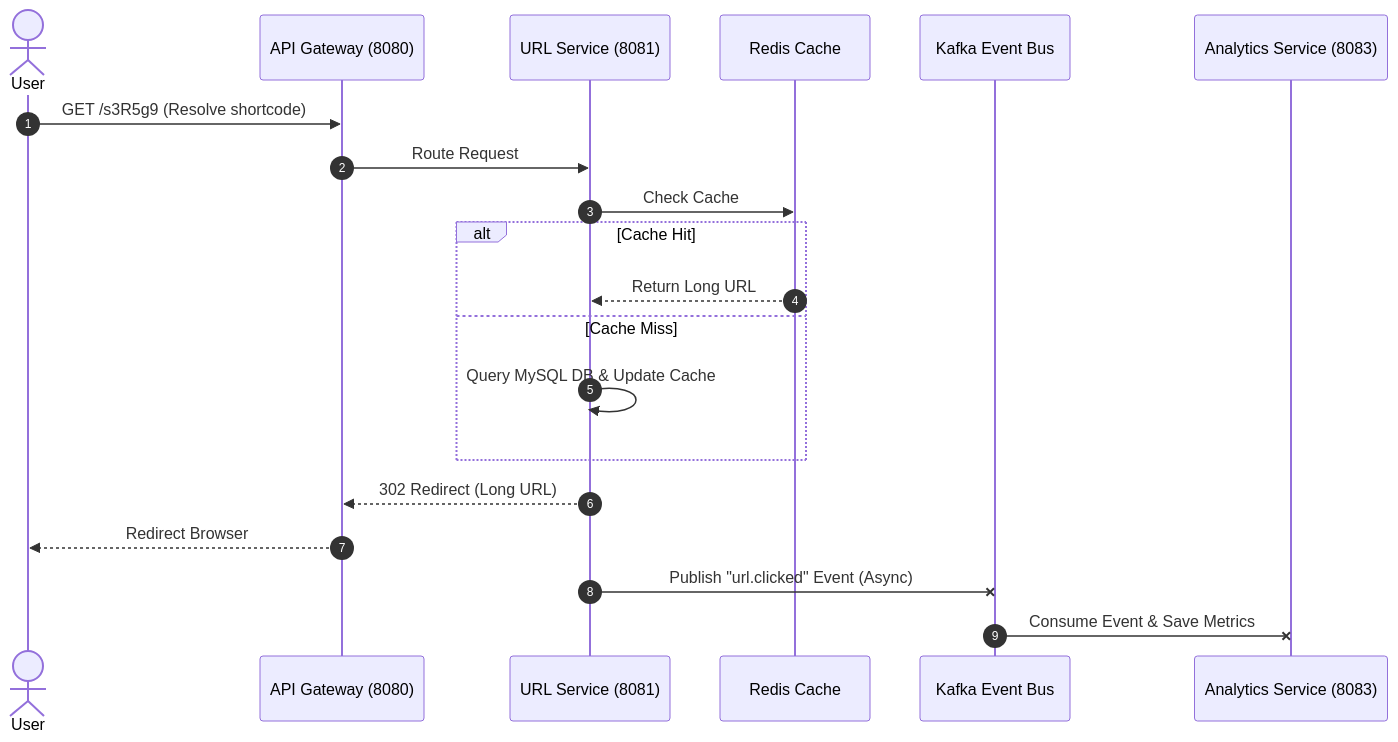
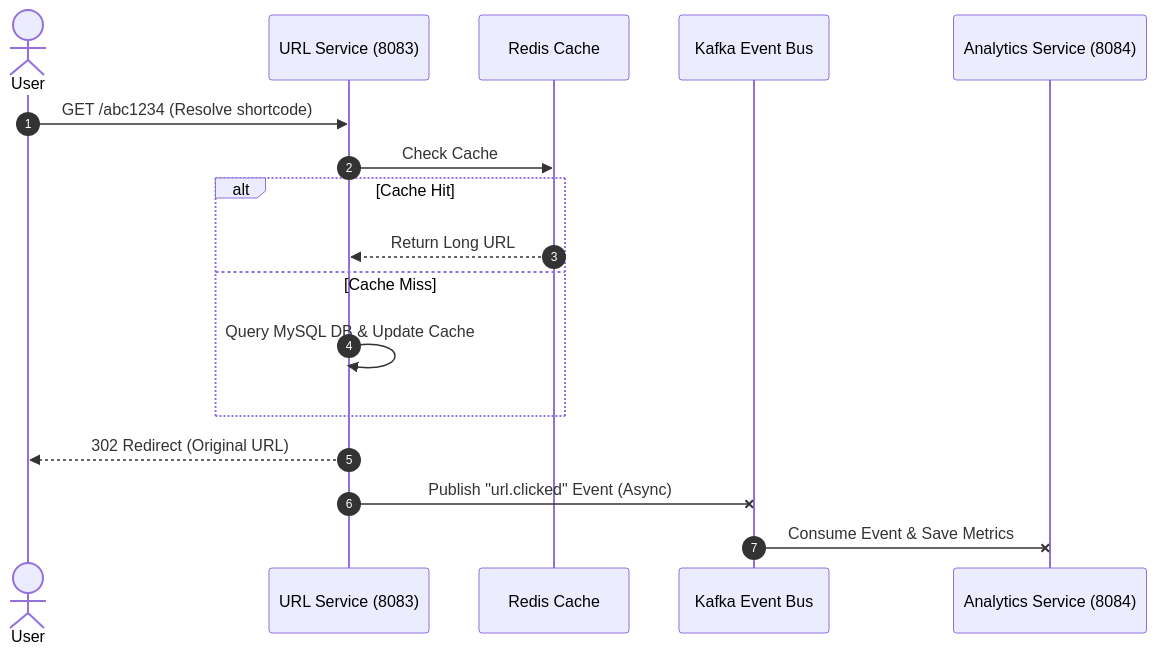
Before and after one commit to prakhartripath0001/Url-shortner: the diagram in docs/architecture.md, drawn with Mermaid. The commit also changed other lines of this file and 21 other files, not shown here.

````diff
--- a/docs/architecture.md
+++ b/docs/architecture.md
@@ -34,23 +28,20 @@
 ```mermaid
 sequenceDiagram
     autonumber
     actor User
-    participant Gateway as API Gateway (8080)
-    participant URL as URL Service (8081)
+    participant URL as URL Service (8083)
     participant Redis as Redis Cache
     participant Kafka as Kafka Event Bus
-    participant Analytics as Analytics Service (8083)
+    participant Analytics as Analytics Service (8084)
 
-    User->>Gateway: GET /s3R5g9 (Resolve shortcode)
-    Gateway->>URL: Route Request
+    User->>URL: GET /abc1234 (Resolve shortcode)
     URL->>Redis: Check Cache
     alt Cache Hit
         Redis-->>URL: Return Long URL
     else Cache Miss
         URL->>URL: Query MySQL DB & Update Cache
     end
-    URL-->>Gateway: 302 Redirect (Long URL)
-    Gateway-->>User: Redirect Browser
+    URL-->>User: 302 Redirect (Original URL)
     URL-xKafka: Publish "url.clicked" Event (Async)
     Kafka-xAnalytics: Consume Event & Save Metrics
 ```
````
